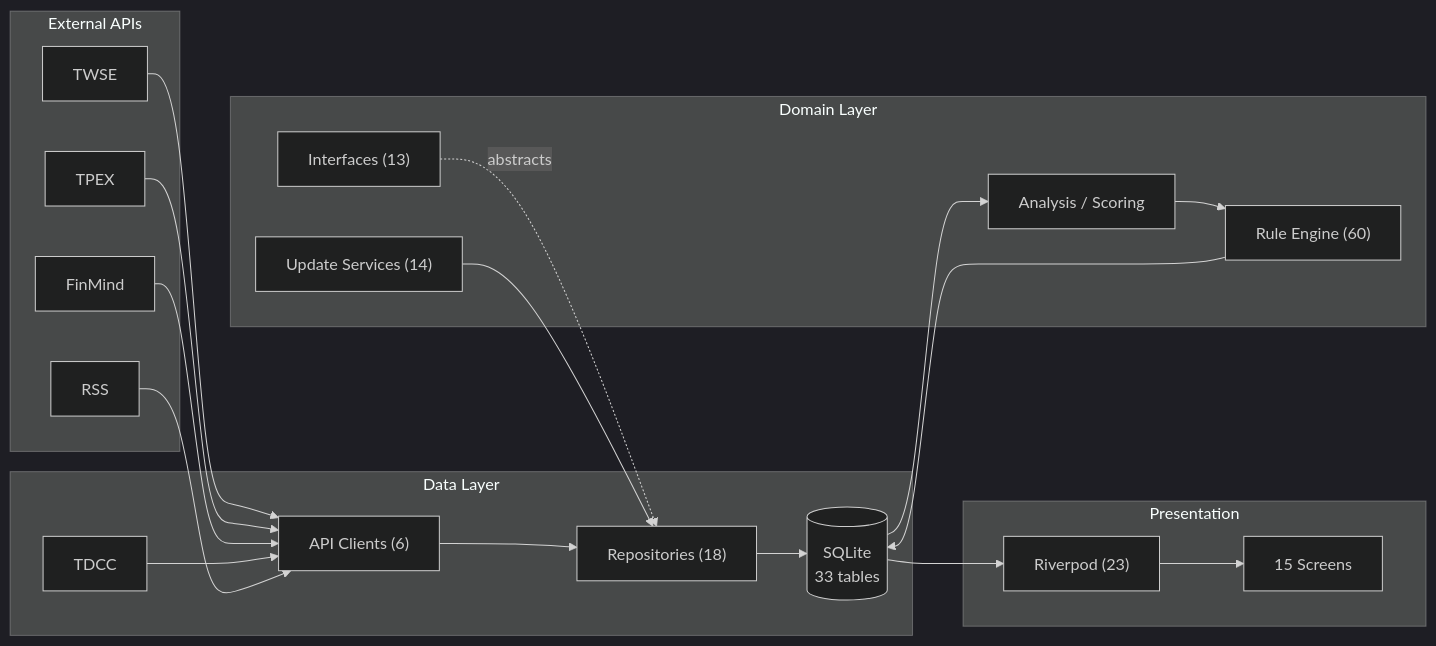
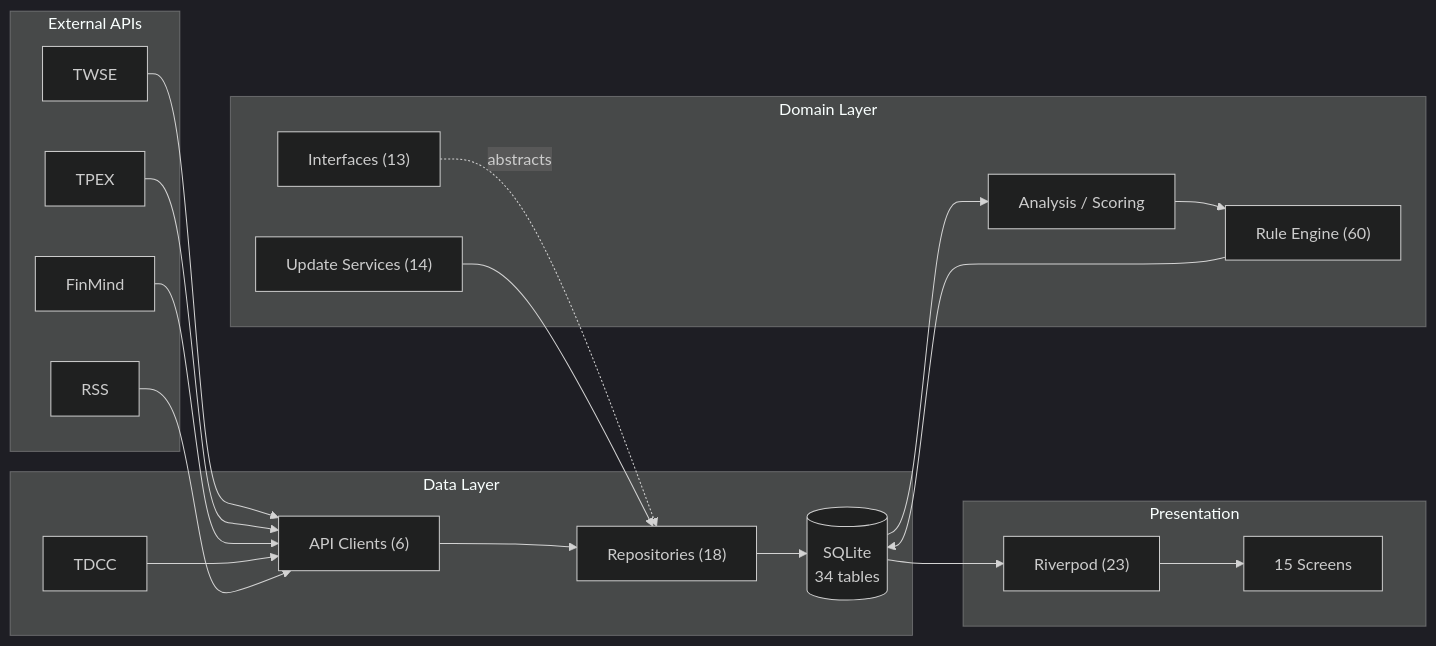
One commit to Neal75418/afterclose changed the first of 2 diagrams in README.md. Above: the diagram before and after it, drawn with Mermaid. The commit also changed other lines of this file and 4 other files, not shown here.

````diff
--- a/README.md
+++ b/README.md
@@ -89,37 +90,37 @@
 ```mermaid
 %%{init: {'theme': 'dark'}}%%
 flowchart LR
     subgraph External["External APIs"]
         TWSE["TWSE"]
         TPEX["TPEX"]
         FM["FinMind"]
         RSS["RSS"]
     end
 
     subgraph Data["Data Layer"]
         Remote["API Clients (6)"]
         Repo["Repositories (18)"]
         TDCC["TDCC"]
-        DB[("SQLite\n33 tables")]
+        DB[("SQLite\n34 tables")]
     end
 
     subgraph Domain["Domain Layer"]
         IF["Interfaces (13)"]
         Services["Analysis / Scoring"]
         Rules["Rule Engine (60)"]
         Update["Update Services (14)"]
     end
 
     subgraph Presentation["Presentation"]
         Provider["Riverpod (23)"]
         UI["15 Screens"]
     end
 
     TWSE & TPEX & FM & TDCC & RSS --> Remote
     Remote --> Repo --> DB
     IF -.->|abstracts| Repo
     DB --> Services --> Rules
     Rules --> DB
     Update --> Repo
     DB --> Provider --> UI
 ```
````
